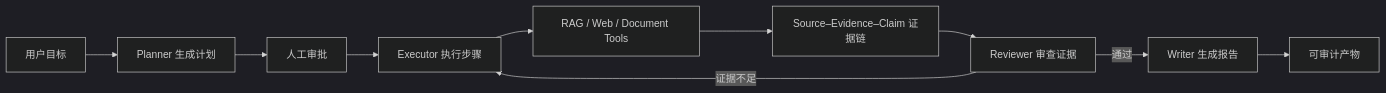
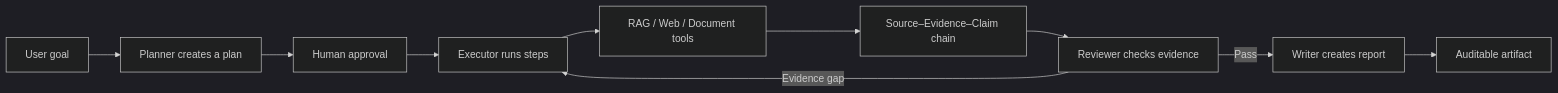
One commit to Frant1cc/evident-loop changed the diagram in README.md. Above: the diagram before and after it, drawn with Mermaid (dark theme). The commit also changed other lines of this file and 3 other files, not shown here.

First line of the commit message:
docs: 拆分中英 README 并加入封面图

````diff
--- a/README.md
+++ b/README.md
@@ -39,12 +46,12 @@
 ```mermaid
 flowchart LR
-    U["用户目标"] --> P["Planner 生成计划"]
-    P --> A["人工审批"]
-    A --> E["Executor 执行步骤"]
-    E --> T["RAG / Web / Document Tools"]
-    T --> C["Source–Evidence–Claim 证据链"]
-    C --> R["Reviewer 审查证据"]
-    R -->|证据不足| E
-    R -->|通过| W["Writer 生成报告"]
-    W --> O["可审计产物"]
+    U["User goal"] --> P["Planner creates a plan"]
+    P --> A["Human approval"]
+    A --> E["Executor runs steps"]
+    E --> T["RAG / Web / Document tools"]
+    T --> C["Source–Evidence–Claim chain"]
+    C --> R["Reviewer checks evidence"]
+    R -->|Evidence gap| E
+    R -->|Pass| W["Writer creates report"]
+    W --> O["Auditable artifact"]
 ```
````
